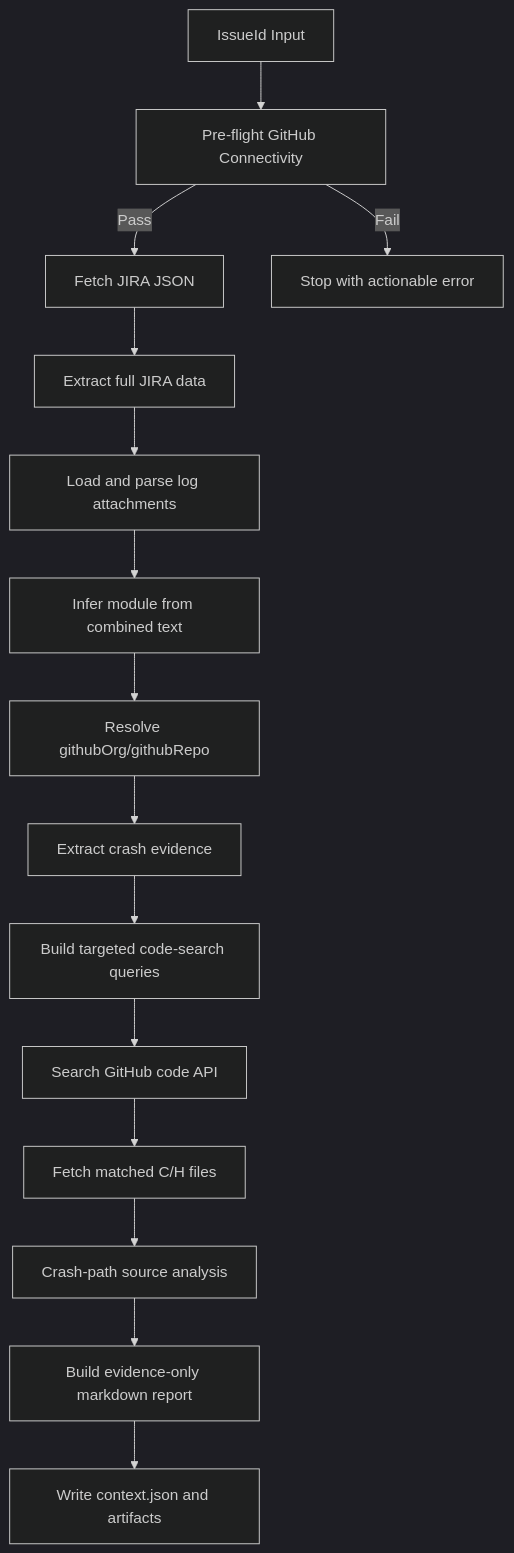
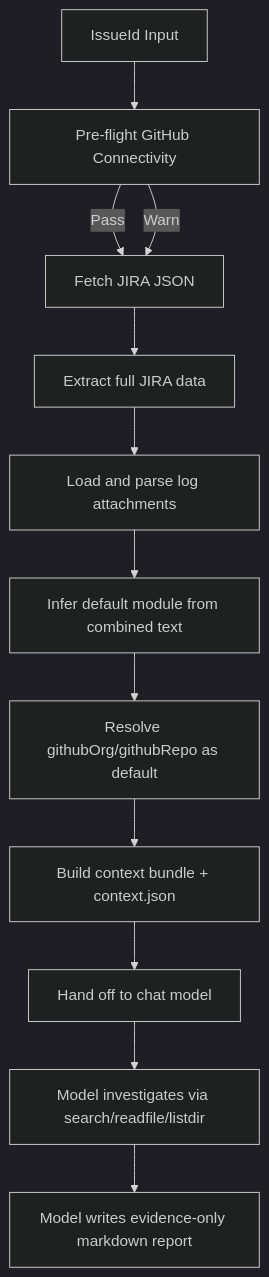
The diagram in DESIGN-DOCUMENT.md (prabhakarbhatt-ui/JiraRootCauseAgent), drawn with Mermaid (dark theme) before and after one commit. The commit also changed other lines of this file and 9 other files, not shown here.

````diff
--- a/DESIGN-DOCUMENT.md
+++ b/DESIGN-DOCUMENT.md
@@ -50,17 +49,14 @@
 ```mermaid
 flowchart TD
     A[IssueId Input] --> B[Pre-flight GitHub Connectivity]
     B -->|Pass| C[Fetch JIRA JSON]
-    B -->|Fail| X[Stop with actionable error]
+    B -->|Warn| C
     C --> D[Extract full JIRA data]
     D --> E[Load and parse log attachments]
-    E --> F[Infer module from combined text]
-    F --> G[Resolve githubOrg/githubRepo]
-    G --> H[Extract crash evidence]
-    H --> I[Build targeted code-search queries]
-    I --> J[Search GitHub code API]
-    J --> K[Fetch matched C/H files]
-    K --> L[Crash-path source analysis]
-    L --> M[Build evidence-only markdown report]
-    M --> N[Write context.json and artifacts]
+    E --> F[Infer default module from combined text]
+    F --> G[Resolve githubOrg/githubRepo as default]
+    G --> H[Build context bundle + context.json]
+    H --> I[Hand off to chat model]
+    I --> J[Model investigates via search/readfile/listdir]
+    J --> K[Model writes evidence-only markdown report]
 ```
````
